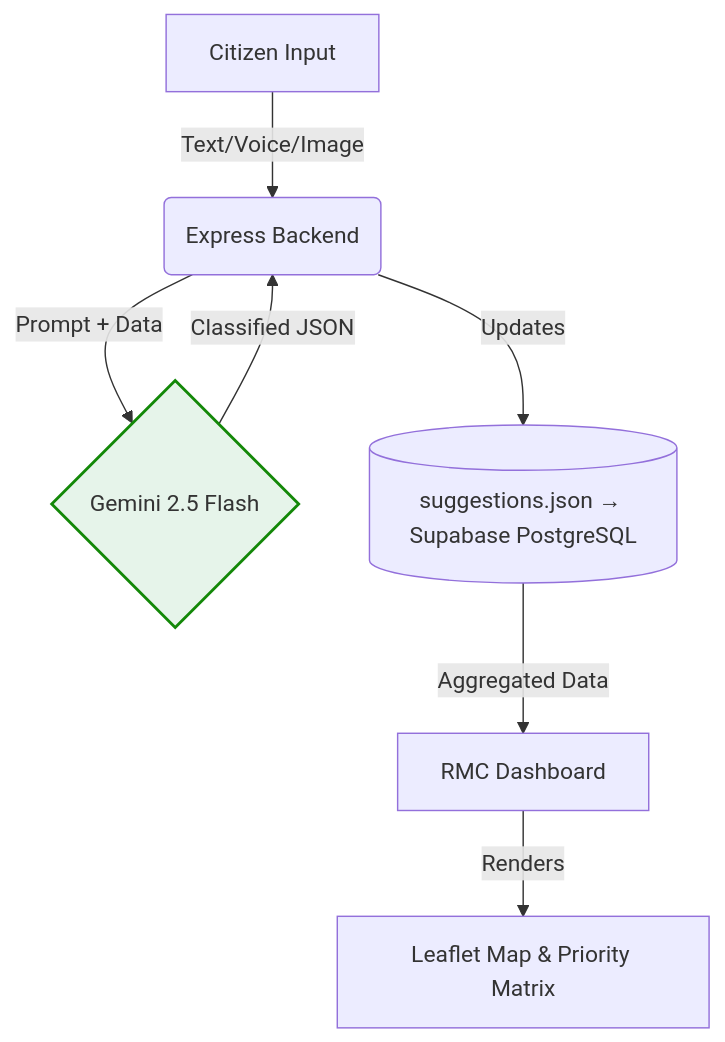
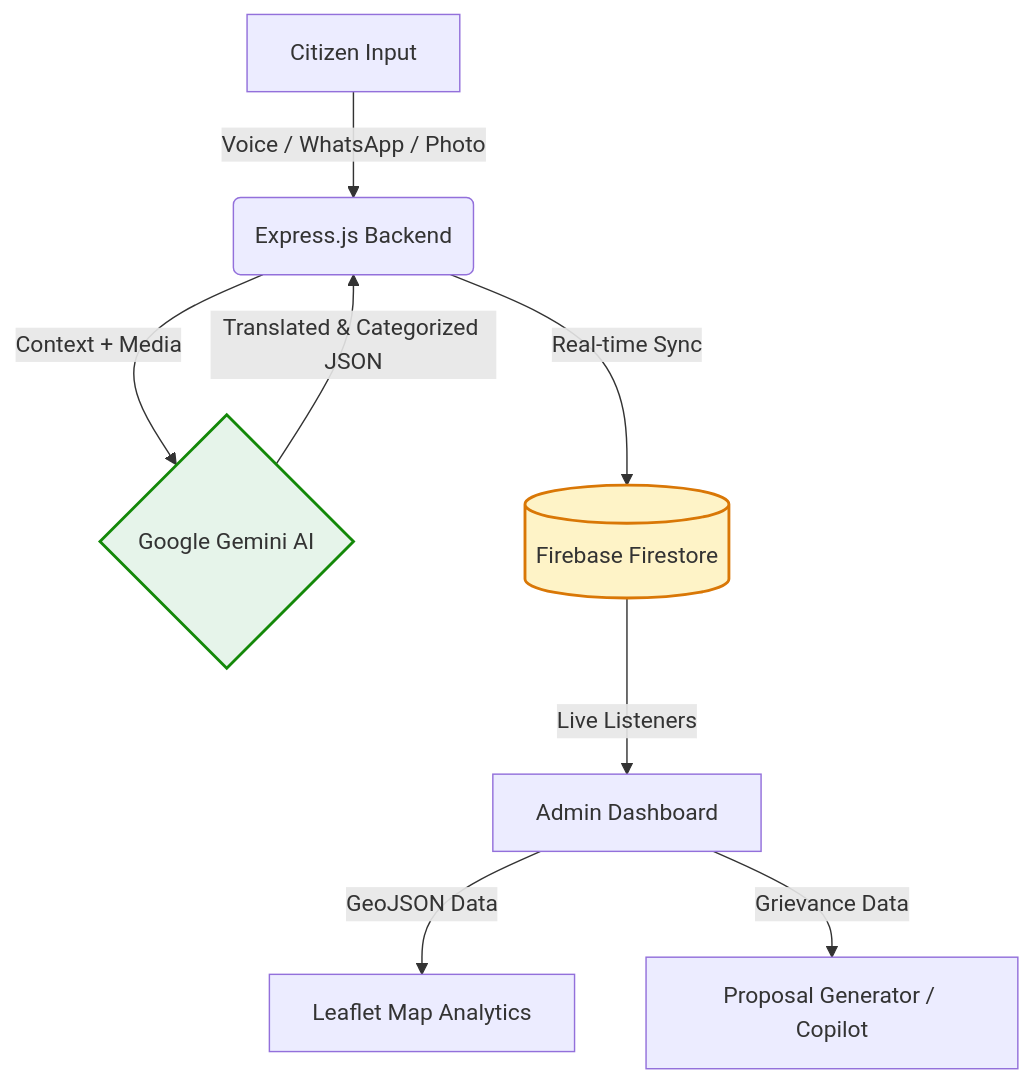
The diagram in README.md (jd-thakrar/rajkot-civic-ai), drawn with Mermaid before and after one commit. The commit also changed other lines of this file, not shown here.

````diff
--- a/README.md
+++ b/README.md
@@ -31,12 +51,15 @@
 ```mermaid
 graph TD
-    A[Citizen Input] -->|Text/Voice/Image| B(Express Backend)
-    B -->|Prompt + Data| C{Gemini 2.5 Flash}
-    C -->|Classified JSON| B
-    B --> |Updates| D[(suggestions.json → Supabase PostgreSQL)]
-    D --> |Aggregated Data| E[RMC Dashboard]
-    E --> |Renders| F[Leaflet Map & Priority Matrix]
+    A[Citizen Input] -->|Voice / WhatsApp / Photo| B(Express.js Backend)
+    B -->|Context + Media| C{Google Gemini AI}
+    C -->|Translated & Categorized JSON| B
+    B --> |Real-time Sync| D[(Firebase Firestore)]
+    D --> |Live Listeners| E[Admin Dashboard]
+    E --> |GeoJSON Data| F[Leaflet Map Analytics]
+    E --> |Grievance Data| G[Proposal Generator / Copilot]
     
     classDef ai fill:#e6f4ea,stroke:#138808,stroke-width:2px;
     class C ai;
+    classDef db fill:#fef3c7,stroke:#d97706,stroke-width:2px;
+    class D db;
 ```
````
